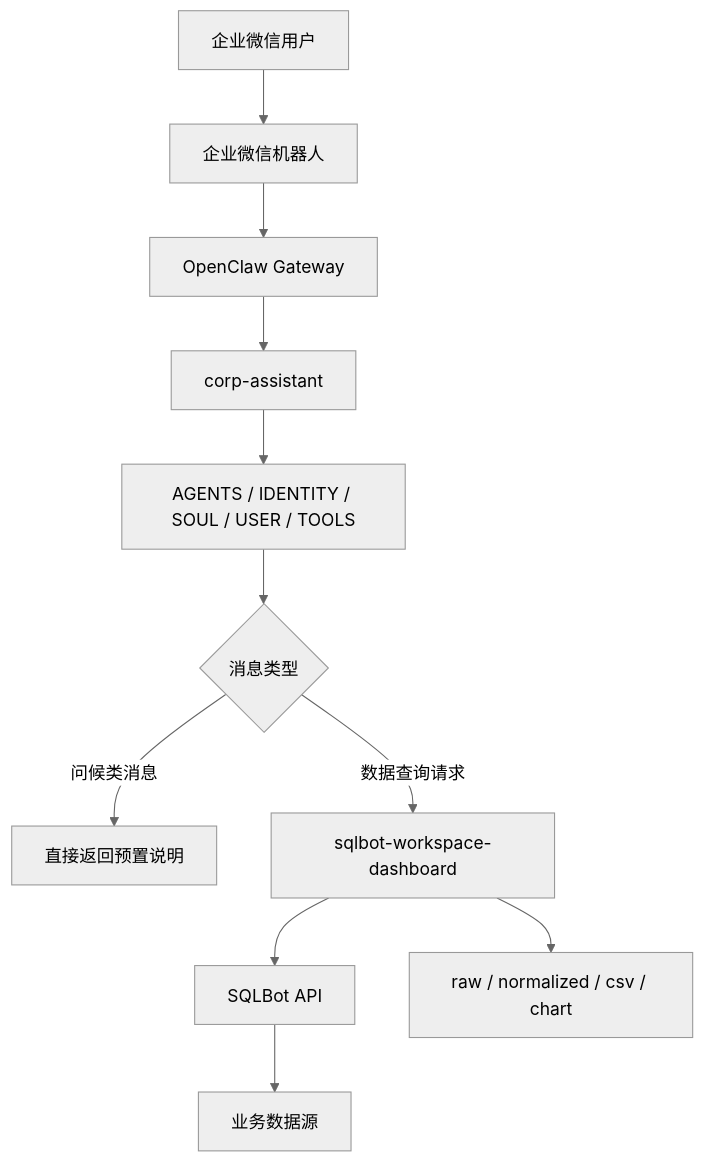
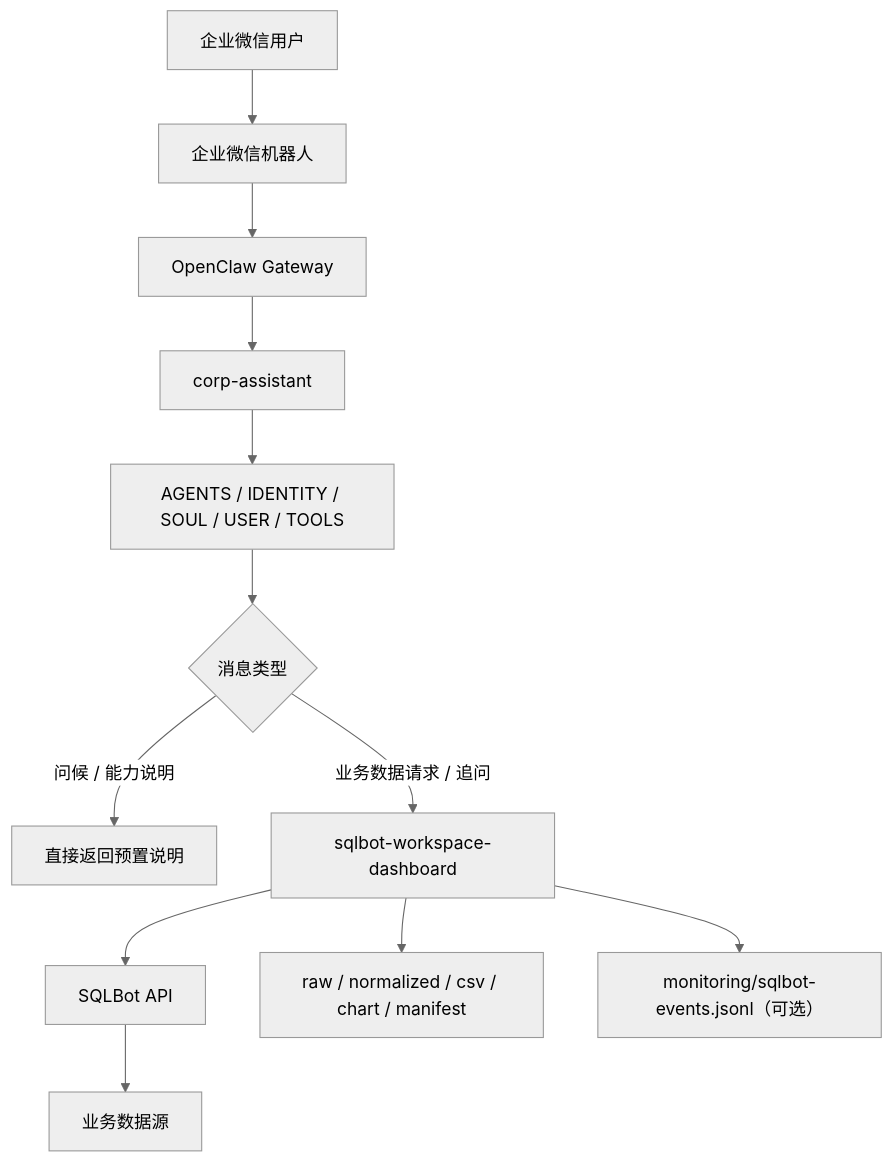
One commit to firo1603/WeCom_SQL_Assistant changed the diagram in readme.md. Above: the diagram before and after it, drawn with Mermaid (neutral theme). The commit also changed other lines of this file and 7 other files, not shown here.

First line of the commit message:
feat: Enhance SQLBot skill with structured error classification and telemetry tracing

````diff
--- a/readme.md
+++ b/readme.md
@@ -63,13 +48,14 @@
 ```mermaid
 flowchart TD
     User["企业微信用户"] --> WeCom["企业微信机器人"]
     WeCom --> Gateway["OpenClaw Gateway"]
     Gateway --> Corp["corp-assistant"]
     Corp --> Prompt["AGENTS / IDENTITY / SOUL / USER / TOOLS"]
     Prompt --> Route{"消息类型"}
-  Route -->|问候类消息| Direct["直接返回预置说明"]
-    Route -->|数据查询请求| Skill["sqlbot-workspace-dashboard"]
+    Route -->|"问候 / 能力说明"| Direct["直接返回预置说明"]
+    Route -->|"业务数据请求 / 追问"| Skill["sqlbot-workspace-dashboard"]
     Skill --> SQLBot["SQLBot API"]
     SQLBot --> DB["业务数据源"]
-    Skill --> Artifacts["raw / normalized / csv / chart"]
+    Skill --> Artifacts["raw / normalized / csv / chart / manifest"]
+    Skill --> Trace["monitoring/sqlbot-events.jsonl（可选）"]
 ```
````
